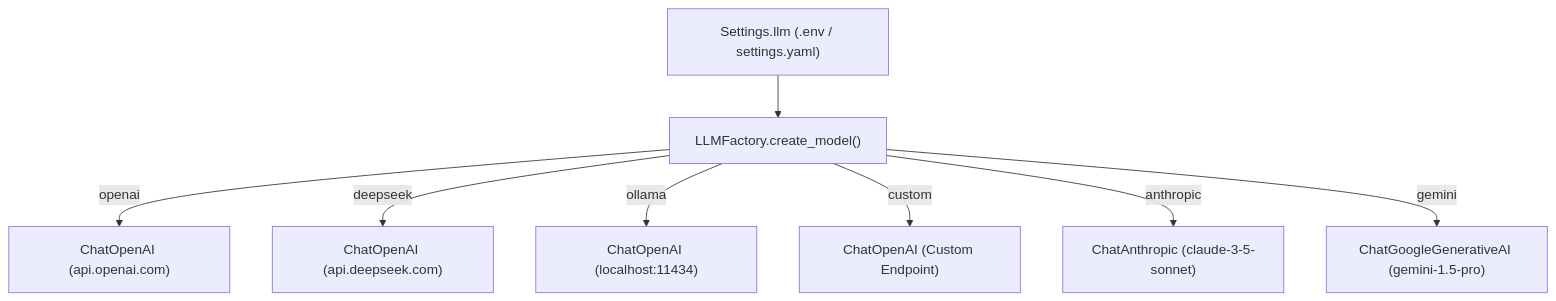
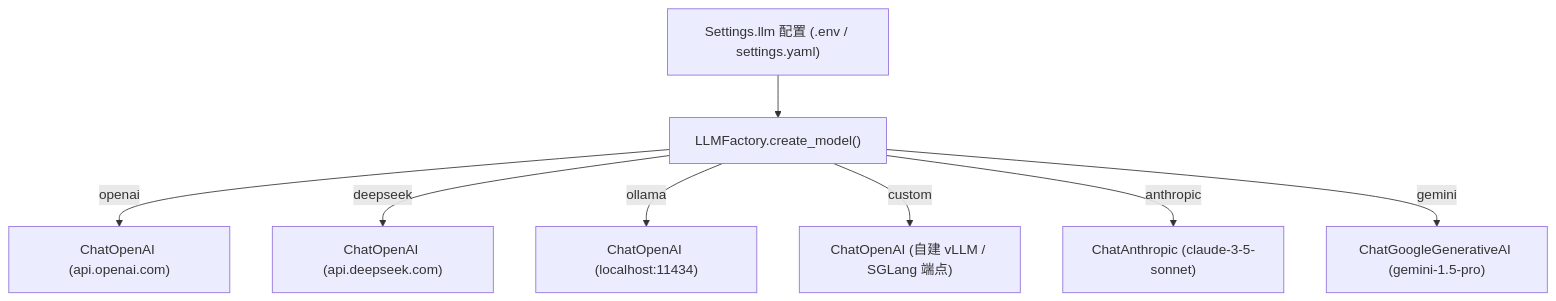
Before and after one commit to theGitForDalibor/JarvisStudio: the diagram in docs/design/llm-adapter-layer.md, drawn with Mermaid. The commit also changed other lines of this file and 16 other files, not shown here.

````diff
--- a/docs/design/llm-adapter-layer.md
+++ b/docs/design/llm-adapter-layer.md
@@ -16,11 +16,11 @@
 ```mermaid
 flowchart TD
-    CONFIG["Settings.llm (.env / settings.yaml)"] --> FACTORY["LLMFactory.create_model()"]
+    CONFIG["Settings.llm 配置 (.env / settings.yaml)"] --> FACTORY["LLMFactory.create_model()"]
     
     FACTORY -->|openai| OPENAI["ChatOpenAI (api.openai.com)"]
     FACTORY -->|deepseek| DEEPSEEK["ChatOpenAI (api.deepseek.com)"]
     FACTORY -->|ollama| OLLAMA["ChatOpenAI (localhost:11434)"]
-    FACTORY -->|custom| CUSTOM["ChatOpenAI (Custom Endpoint)"]
+    FACTORY -->|custom| CUSTOM["ChatOpenAI (自建 vLLM / SGLang 端点)"]
     FACTORY -->|anthropic| ANTHROPIC["ChatAnthropic (claude-3-5-sonnet)"]
     FACTORY -->|gemini| GEMINI["ChatGoogleGenerativeAI (gemini-1.5-pro)"]
 ```
````
